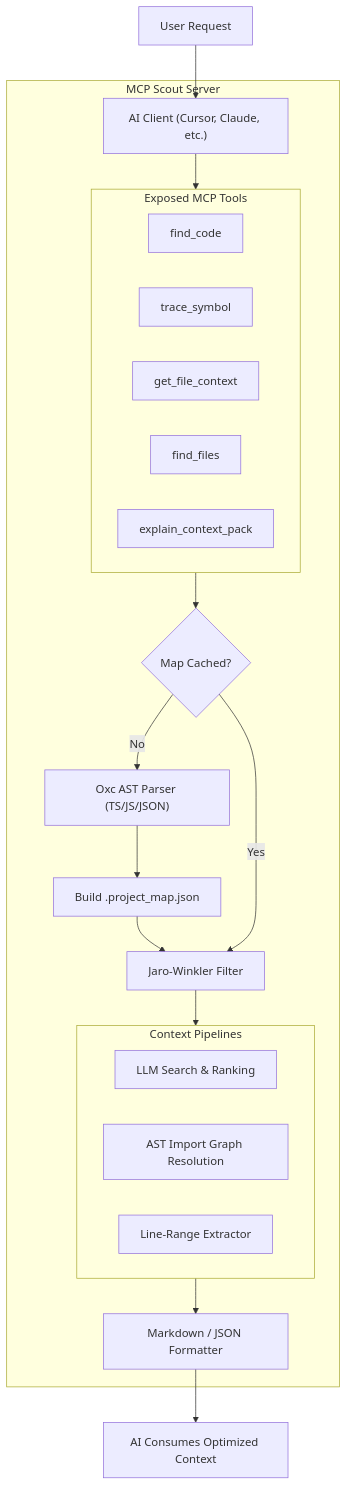
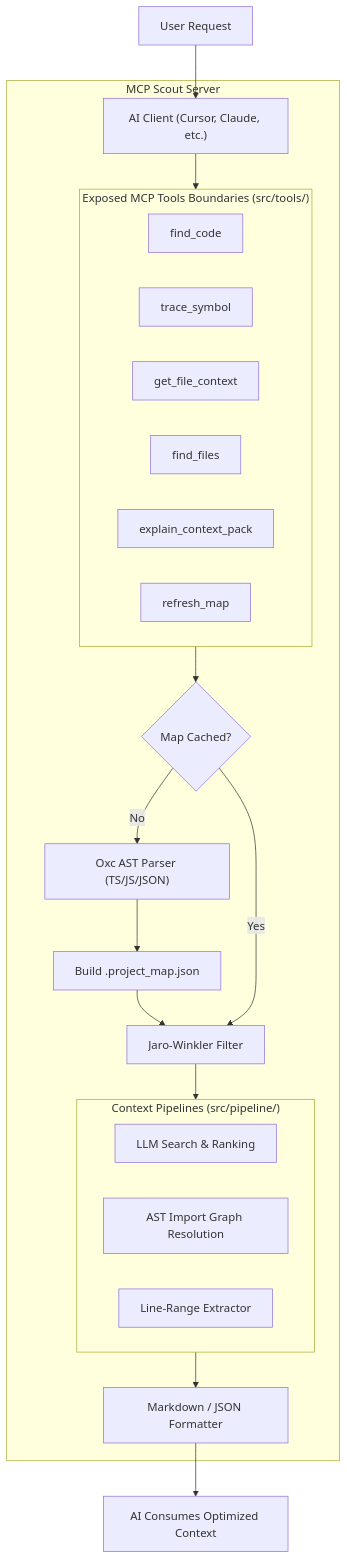
Before and after one commit to iHaiduk/smarter-faster-better-mcp: the diagram in README.md, drawn with Mermaid. The commit also changed other lines of this file, not shown here.

Commit message:
docs: update architecture and parser guide in README

````diff
--- a/README.md
+++ b/README.md
@@ -36,34 +51,35 @@
 ```mermaid
 graph TD
     UserQuery["User Request"] --> MCPClient["AI Client (Cursor, Claude, etc.)"]
     
     subgraph MCP Scout Server
         MCPClient --> Tools
         
-        subgraph Tools ["Exposed MCP Tools"]
+        subgraph Tools ["Exposed MCP Tools Boundaries (src/tools/)"]
             FindCode["find_code"]
             TraceSymbol["trace_symbol"]
             GetContext["get_file_context"]
             FindFiles["find_files"]
             ExplainPack["explain_context_pack"]
+            RefreshMap["refresh_map"]
         end
         
         Tools --> Indexer{"Map Cached?"}
         Indexer -- No --> Parser["Oxc AST Parser (TS/JS/JSON)"]
         Parser --> WriteMap["Build .project_map.json"]
         WriteMap --> Filter["Jaro-Winkler Filter"]
         Indexer -- Yes --> Filter
         
         Filter --> Pipelines
         
-        subgraph Pipelines ["Context Pipelines"]
+        subgraph Pipelines ["Context Pipelines (src/pipeline/)"]
             SearchPipe["LLM Search & Ranking"]
             DepsPipe["AST Import Graph Resolution"]
             FilePipe["Line-Range Extractor"]
         end
         
         Pipelines --> Formatter["Markdown / JSON Formatter"]
     end
     
     Formatter --> AIResponse["AI Consumes Optimized Context"]
 ```
````
